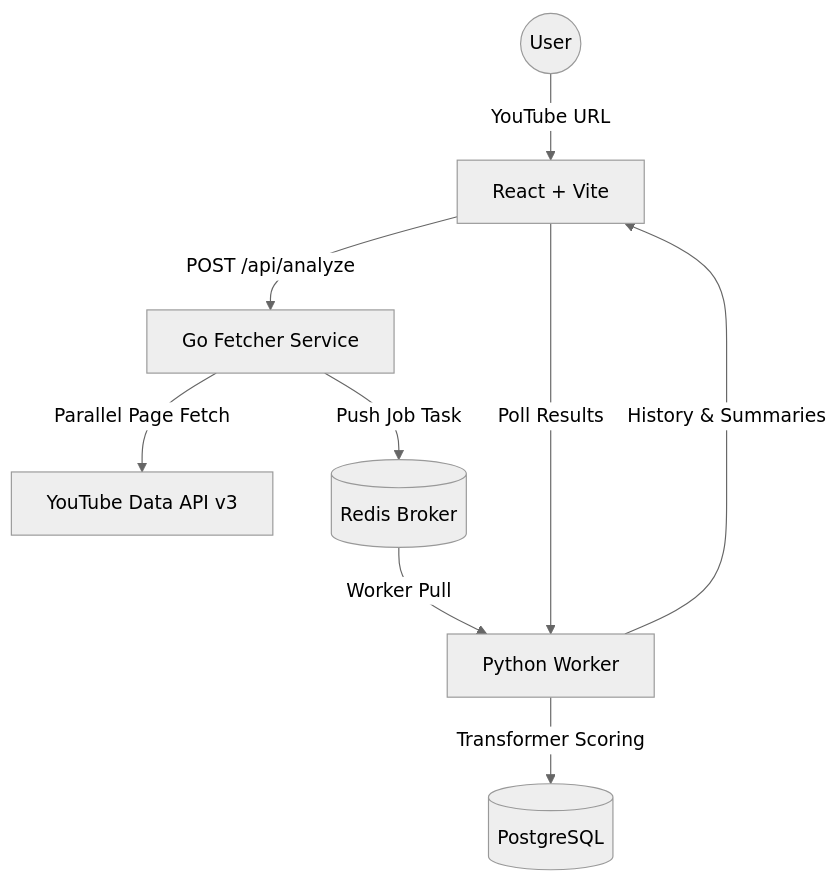
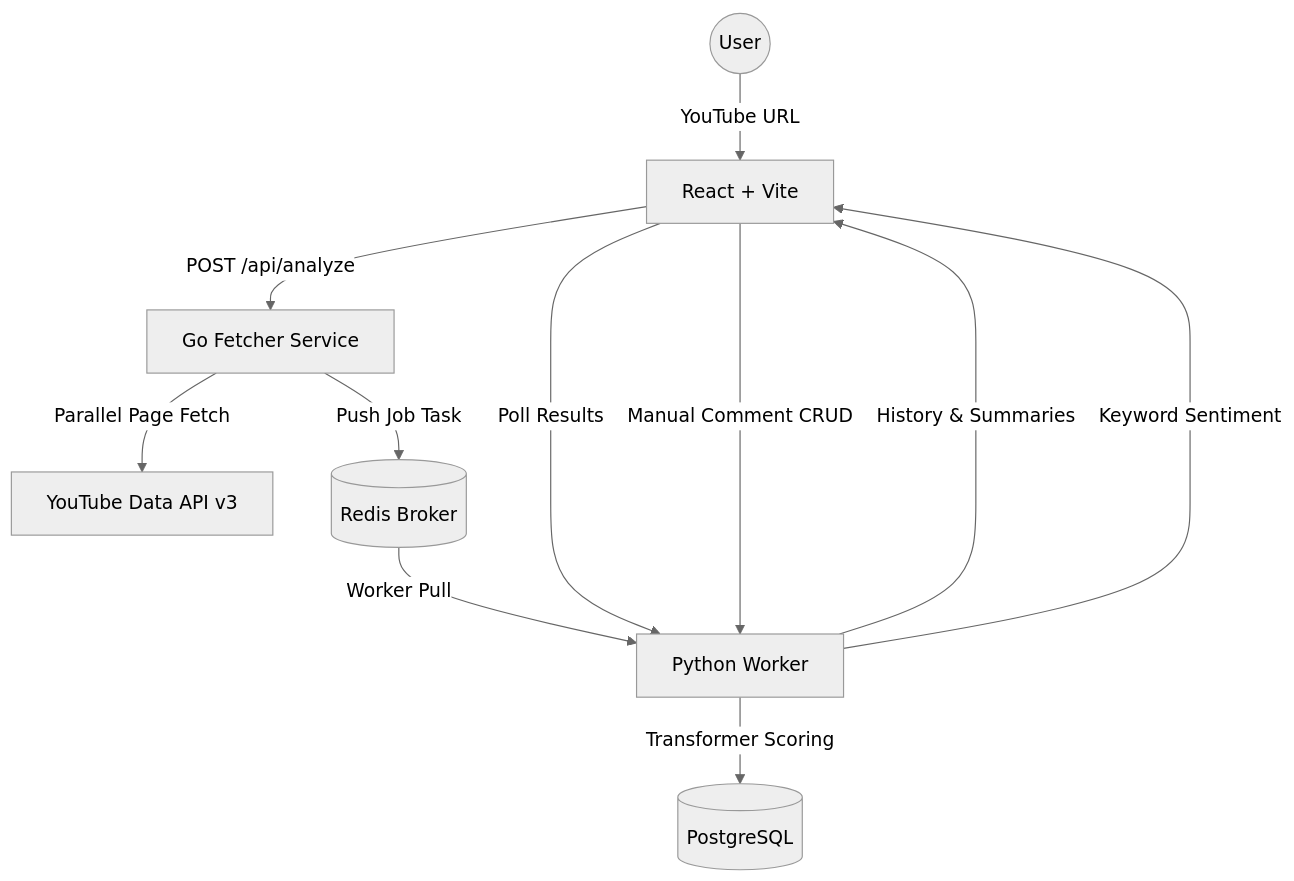
One commit to DaffMe/NeuroTube changed the diagram in README.md. Above: the diagram before and after it, drawn with Mermaid (neutral theme). The commit also changed other lines of this file and 14 other files, not shown here.

Commit message:
feat: complete Tugas Besar requirements (CRUD, keyword sentiment, search, sort) and update docs

````diff
--- a/README.md
+++ b/README.md
@@ -52,11 +57,13 @@
 ```mermaid
 graph TD
     User((User)) -->|YouTube URL| Frontend[React + Vite]
     Frontend -->|POST /api/analyze| Fetcher[Go Fetcher Service]
     Fetcher -->|Parallel Page Fetch| YT_API[YouTube Data API v3]
     Fetcher -->|Push Job Task| Redis[(Redis Broker)]
     Redis -->|Worker Pull| MLEngine[Python Worker]
     MLEngine -->|Transformer Scoring| DB[(PostgreSQL)]
     Frontend -->|Poll Results| MLEngine
     MLEngine -->|History & Summaries| Frontend
+    Frontend -->|Manual Comment CRUD| MLEngine
+    MLEngine -->|Keyword Sentiment| Frontend
 ```
````
